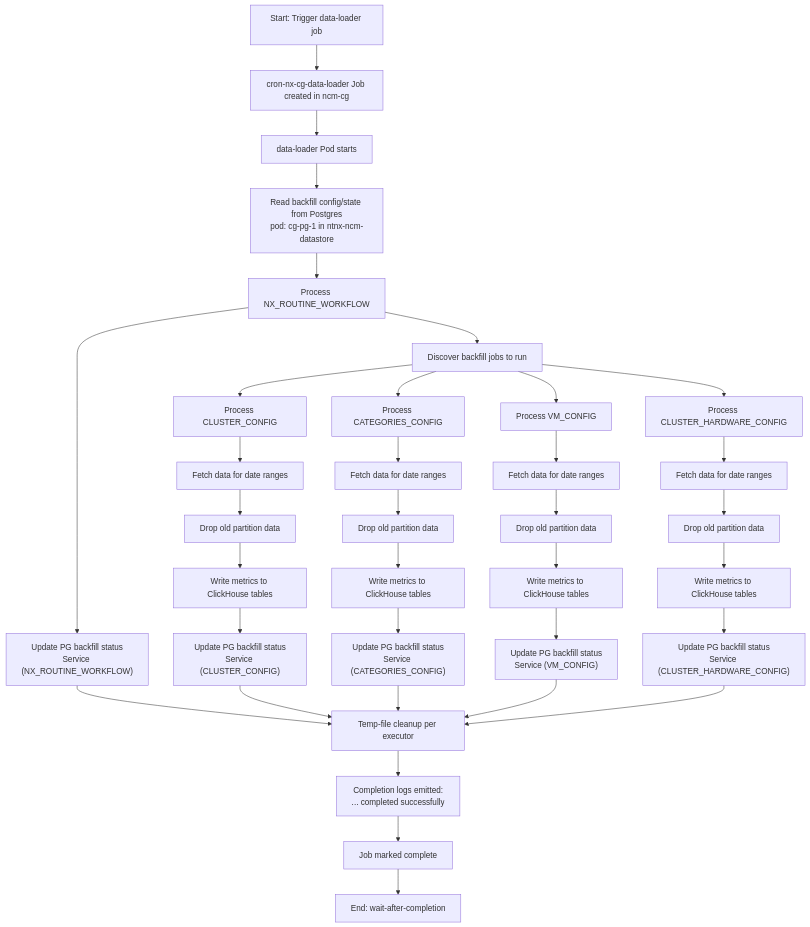
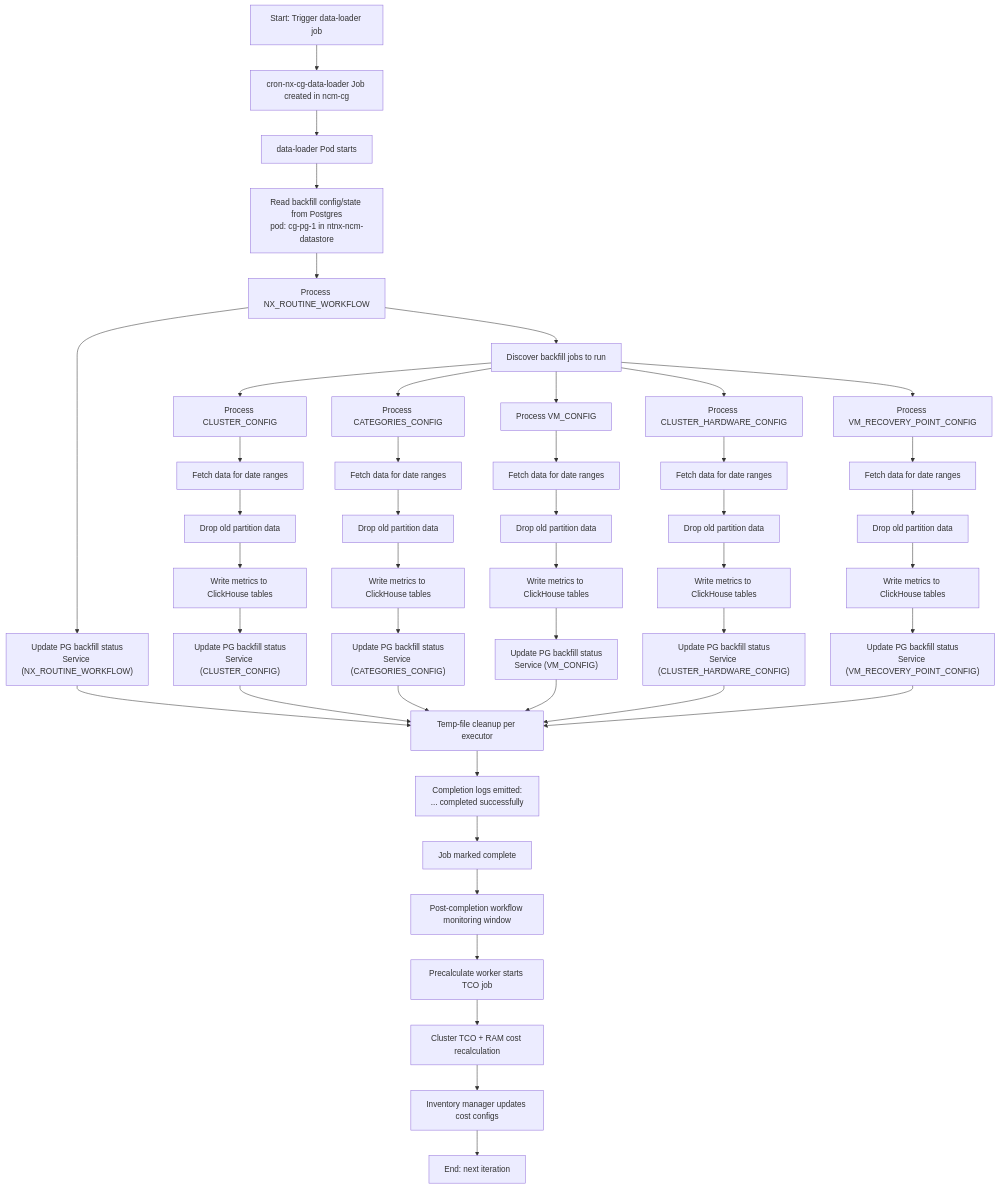
One commit to mahino/mohan_helpers changed the first of 3 diagrams in cost_governnance/data_loader_flowcharts.md. Above: the diagram before and after it, drawn with Mermaid. The commit also changed other lines of this file and 12 other files, not shown here.

````diff
--- a/cost_governnance/data_loader_flowcharts.md
+++ b/cost_governnance/data_loader_flowcharts.md
@@ -5,46 +5,57 @@
 ```mermaid
 flowchart TD
     A[Start: Trigger data-loader job] --> B[cron-nx-cg-data-loader Job created in ncm-cg]
     B --> C[data-loader Pod starts]
     C --> D[Read backfill config/state from Postgres<br/>pod: cg-pg-1 in ntnx-ncm-datastore]
 
     D --> E[Process NX_ROUTINE_WORKFLOW]
     E --> F[Discover backfill jobs to run]
 
     F --> G1[Process CLUSTER_CONFIG]
     F --> G2[Process CATEGORIES_CONFIG]
     F --> G3[Process VM_CONFIG]
     F --> G4[Process CLUSTER_HARDWARE_CONFIG]
+    F --> G5[Process VM_RECOVERY_POINT_CONFIG]
 
     G1 --> H1[Fetch data for date ranges]
     G2 --> H2[Fetch data for date ranges]
     G3 --> H3[Fetch data for date ranges]
     G4 --> H4[Fetch data for date ranges]
+    G5 --> H5[Fetch data for date ranges]
 
     H1 --> I1[Drop old partition data]
     H2 --> I2[Drop old partition data]
     H3 --> I3[Drop old partition data]
     H4 --> I4[Drop old partition data]
+    H5 --> I5[Drop old partition data]
 
     I1 --> J1[Write metrics to ClickHouse tables]
     I2 --> J2[Write metrics to ClickHouse tables]
     I3 --> J3[Write metrics to ClickHouse tables]
     I4 --> J4[Write metrics to ClickHouse tables]
+    I5 --> J5[Write metrics to ClickHouse tables]
 
     J1 --> K1["Update PG backfill status<br/>Service (CLUSTER_CONFIG)"]
     J2 --> K2["Update PG backfill status<br/>Service (CATEGORIES_CONFIG)"]
     J3 --> K3["Update PG backfill status<br/>Service (VM_CONFIG)"]
     J4 --> K4["Update PG backfill status<br/>Service (CLUSTER_HARDWARE_CONFIG)"]
+    J5 --> K5["Update PG backfill status<br/>Service (VM_RECOVERY_POINT_CONFIG)"]
 
     E --> K0["Update PG backfill status<br/>Service (NX_ROUTINE_WORKFLOW)"]
 
     K0 --> L[Temp-file cleanup per executor]
     K1 --> L[Temp-file cleanup per executor]
     K2 --> L
     K3 --> L
     K4 --> L
+    K5 --> L
 
     L --> M[Completion logs emitted:<br/>... completed successfully]
     M --> N[Job marked complete]
-    N --> O[End: wait-after-completion]
+
+    N --> P[Post-completion workflow monitoring window]
+    P --> Q1[Precalculate worker starts TCO job]
+    Q1 --> Q2[Cluster TCO + RAM cost recalculation]
+    Q2 --> Q3[Inventory manager updates cost configs]
+    Q3 --> O[End: next iteration]
 ```
````
